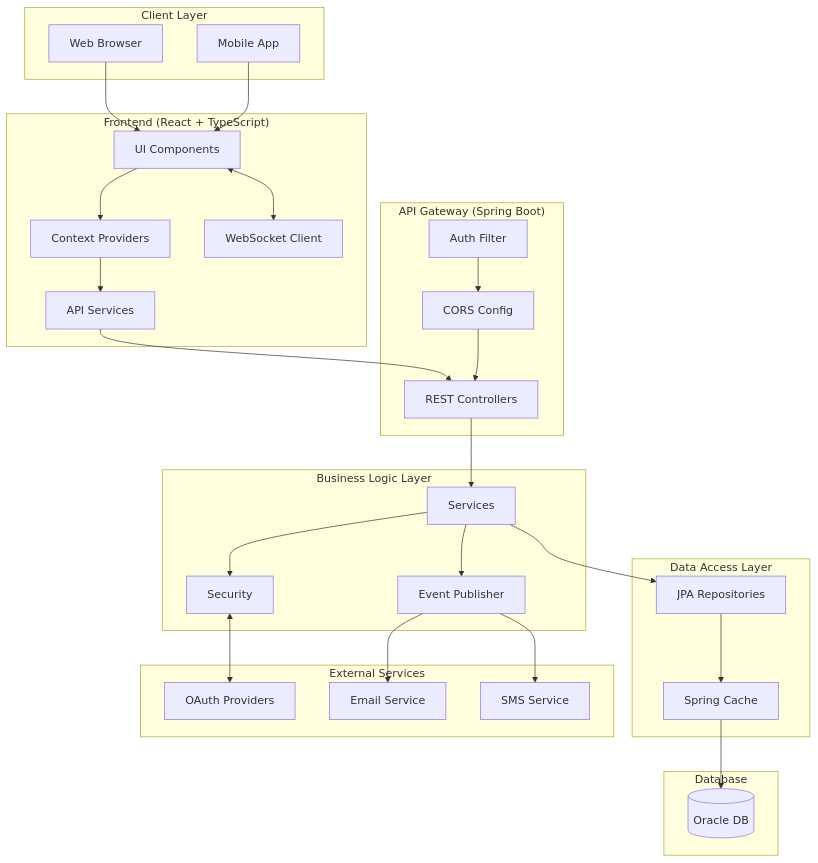
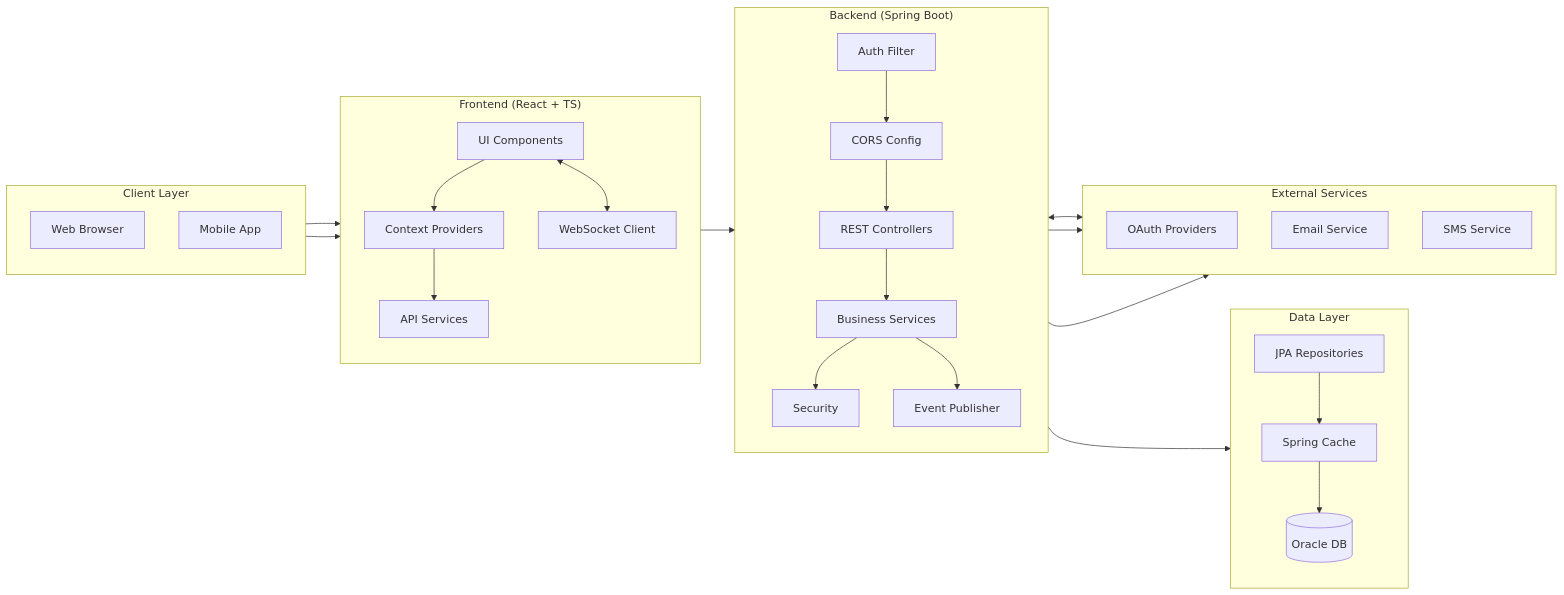
The first of 5 diagrams in docs/architecture_and_design/system_architecture.md (coded-with-aryan0426/gym-management-system-fullstack), drawn with Mermaid before and after one commit. The commit also changed 2 other files, not shown here.

Commit message:
Fix table formatting, remove horizontal lines, and update architecture diagram to landscape layout

````diff
--- a/docs/architecture_and_design/system_architecture.md
+++ b/docs/architecture_and_design/system_architecture.md
@@ -5,59 +5,58 @@
 ```mermaid
-flowchart TB
-    subgraph Client Layer
+flowchart LR
+    subgraph Client ["Client Layer"]
+        direction TB
         WEB[Web Browser]
         MOB[Mobile App]
     end
 
-    subgraph Frontend ["Frontend (React + TypeScript)"]
+    subgraph Frontend ["Frontend (React + TS)"]
+        direction TB
         UI[UI Components]
         CTX[Context Providers]
         SVC[API Services]
         WS[WebSocket Client]
     end
 
-    subgraph API Gateway ["API Gateway (Spring Boot)"]
+    subgraph Backend ["Backend (Spring Boot)"]
+        direction TB
         AUTH[Auth Filter]
         CORS[CORS Config]
         CTRL[REST Controllers]
-    end
-
-    subgraph Business Layer ["Business Logic Layer"]
-        SRVC[Services]
+        SRVC[Business Services]
         SEC[Security]
         EVT[Event Publisher]
     end
 
-    subgraph Data Access ["Data Access Layer"]
+    subgraph Data ["Data Layer"]
+        direction TB
         REPO[JPA Repositories]
         CACHE[Spring Cache]
+        ORACLE[(Oracle DB)]
     end
 
-    subgraph External Services
+    subgraph External ["External Services"]
+        direction TB
         OAUTH[OAuth Providers]
         EMAIL[Email Service]
         SMS[SMS Service]
-    end
-
-    subgraph Database
-        ORACLE[(Oracle DB)]
     end
 
     WEB & MOB --> UI
     UI --> CTX
     CTX --> SVC
     SVC --> CTRL
     UI <--> WS
 
     AUTH --> CORS --> CTRL
     CTRL --> SRVC
     SRVC --> SEC
     SRVC --> EVT
     
     SRVC --> REPO
     REPO --> CACHE
     CACHE --> ORACLE
 
     SEC <--> OAUTH
     EVT --> EMAIL & SMS
 ```
````
